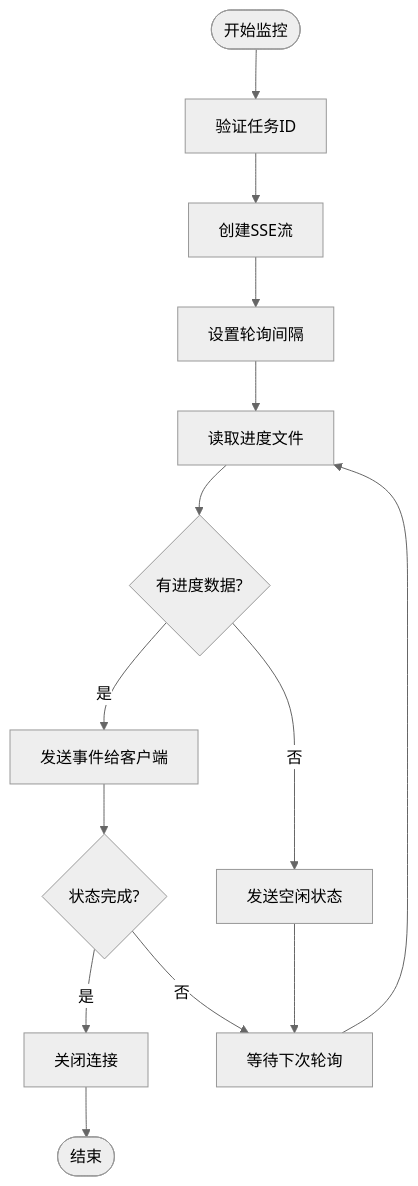
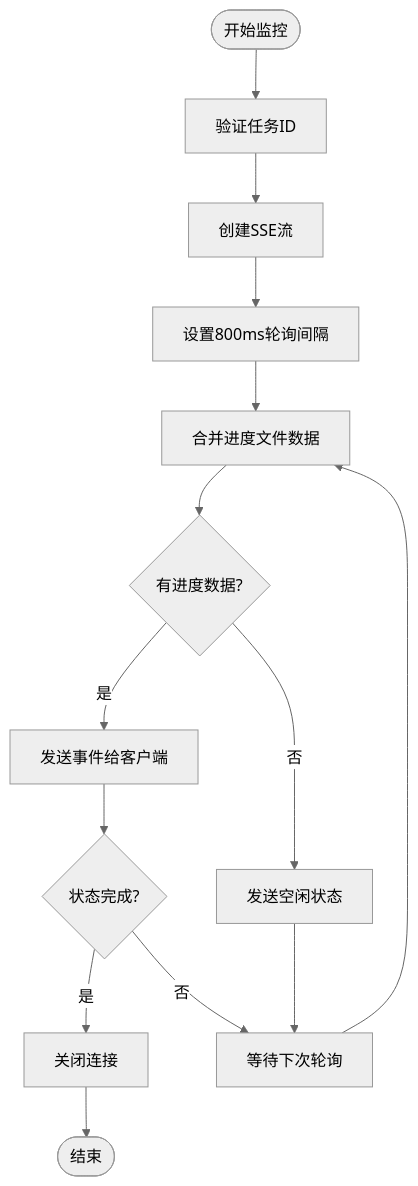
Before and after one commit to clawbotai/memo-flow: the seventh of 10 diagrams in .qoder/repowiki/zh/content/核心功能模块/转录任务管理系统.md, drawn with Mermaid (neutral theme). The commit also changed other lines of this file and 5 other files, not shown here.

````diff
--- a/.qoder/repowiki/zh/content/核心功能模块/转录任务管理系统.md
+++ b/.qoder/repowiki/zh/content/核心功能模块/转录任务管理系统.md
@@ -306,16 +323,16 @@
 ```mermaid
 flowchart TD
 Start([开始监控]) --> ValidateTaskId[验证任务ID]
 ValidateTaskId --> CreateStream[创建SSE流]
-CreateStream --> SetupInterval[设置轮询间隔]
-SetupInterval --> ReadProgress[读取进度文件]
-ReadProgress --> HasProgress{有进度数据?}
+CreateStream --> SetupInterval[设置800ms轮询间隔]
+SetupInterval --> MergeProgress[合并进度文件数据]
+MergeProgress --> HasProgress{有进度数据?}
 HasProgress --> |是| SendEvent[发送事件给客户端]
 HasProgress --> |否| SendIdle[发送空闲状态]
 SendEvent --> CheckStatus{状态完成?}
 CheckStatus --> |是| CloseStream[关闭连接]
 CheckStatus --> |否| WaitNext[等待下次轮询]
 SendIdle --> WaitNext
-WaitNext --> ReadProgress
+WaitNext --> MergeProgress
 CloseStream --> End([结束])
 ```
````
